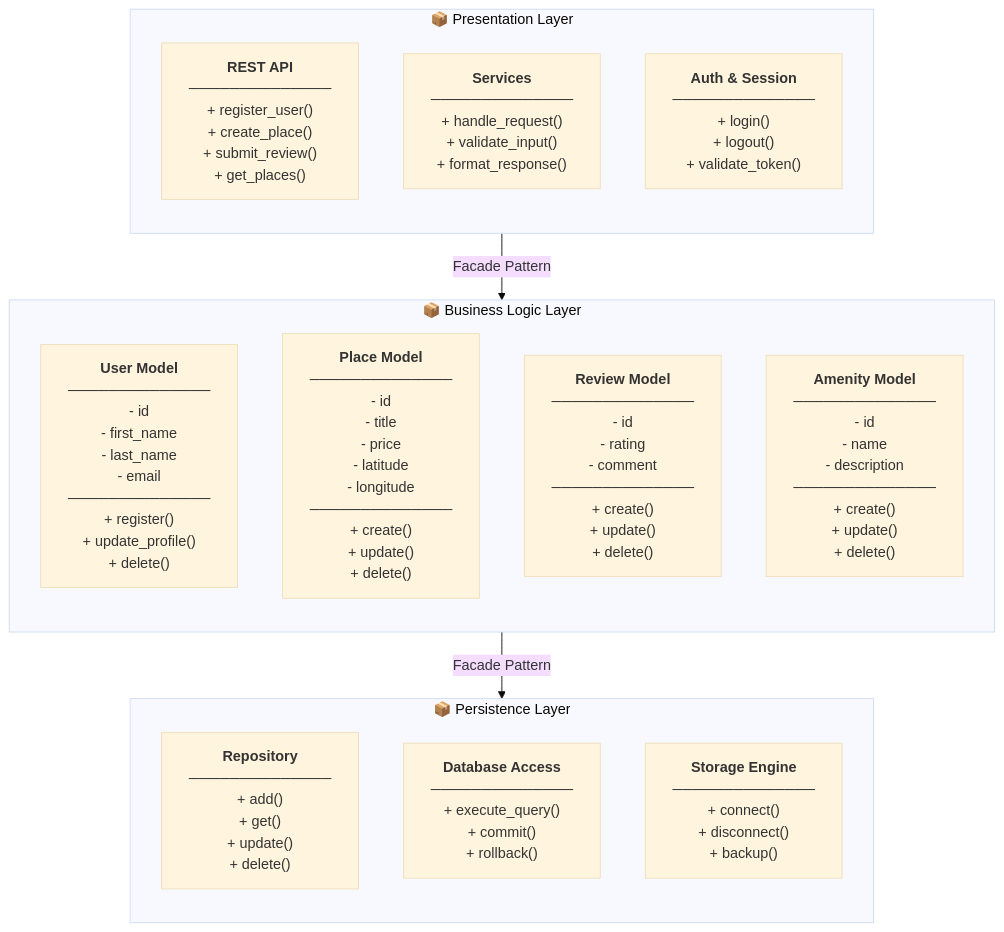
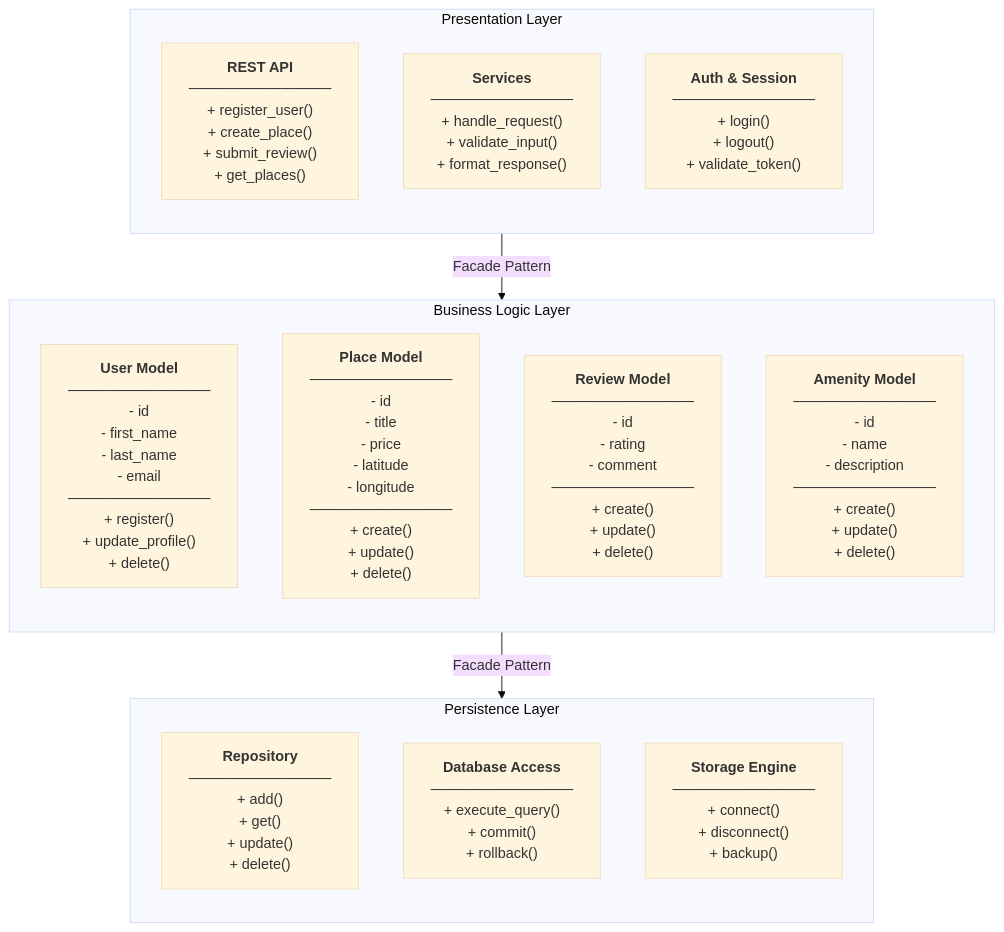
One commit to areej-alghamdi/holbertonschool-hbnb changed the first of 2 diagrams in part1/package_diagram.md. Above: the diagram before and after it, drawn with Mermaid (base theme). The commit also changed other lines of this file, not shown here.

Commit message:
Update package_diagram.md added more diagram

````diff
--- a/part1/package_diagram.md
+++ b/part1/package_diagram.md
@@ -6,27 +6,27 @@
 ```mermaid
 graph TD
-    subgraph Presentation["📦 Presentation Layer"]
+    subgraph Presentation[" Presentation Layer"]
         direction TB
         API["<b>REST API</b><br/>──────────────<br/>+ register_user()<br/>+ create_place()<br/>+ submit_review()<br/>+ get_places()"]
         Services["<b>Services</b><br/>──────────────<br/>+ handle_request()<br/>+ validate_input()<br/>+ format_response()"]
         Auth["<b>Auth & Session</b><br/>──────────────<br/>+ login()<br/>+ logout()<br/>+ validate_token()"]
     end
 
-    subgraph Business["📦 Business Logic Layer"]
+    subgraph Business["  Business Logic Layer"]
         direction TB
         User["<b>User Model</b><br/>──────────────<br/>- id<br/>- first_name<br/>- last_name<br/>- email<br/>──────────────<br/>+ register()<br/>+ update_profile()<br/>+ delete()"]
         Place["<b>Place Model</b><br/>──────────────<br/>- id<br/>- title<br/>- price<br/>- latitude<br/>- longitude<br/>──────────────<br/>+ create()<br/>+ update()<br/>+ delete()"]
         Review["<b>Review Model</b><br/>──────────────<br/>- id<br/>- rating<br/>- comment<br/>──────────────<br/>+ create()<br/>+ update()<br/>+ delete()"]
         Amenity["<b>Amenity Model</b><br/>──────────────<br/>- id<br/>- name<br/>- description<br/>──────────────<br/>+ create()<br/>+ update()<br/>+ delete()"]
     end
 
-    subgraph Persistence["📦 Persistence Layer"]
+    subgraph Persistence["  Persistence Layer"]
         direction TB
         Repo["<b>Repository</b><br/>──────────────<br/>+ add()<br/>+ get()<br/>+ update()<br/>+ delete()"]
         DB["<b>Database Access</b><br/>──────────────<br/>+ execute_query()<br/>+ commit()<br/>+ rollback()"]
         Storage["<b>Storage Engine</b><br/>──────────────<br/>+ connect()<br/>+ disconnect()<br/>+ backup()"]
     end
 
     Presentation -->|"Facade Pattern"| Business
     Business -->|"Facade Pattern"| Persistence
 ```
````
